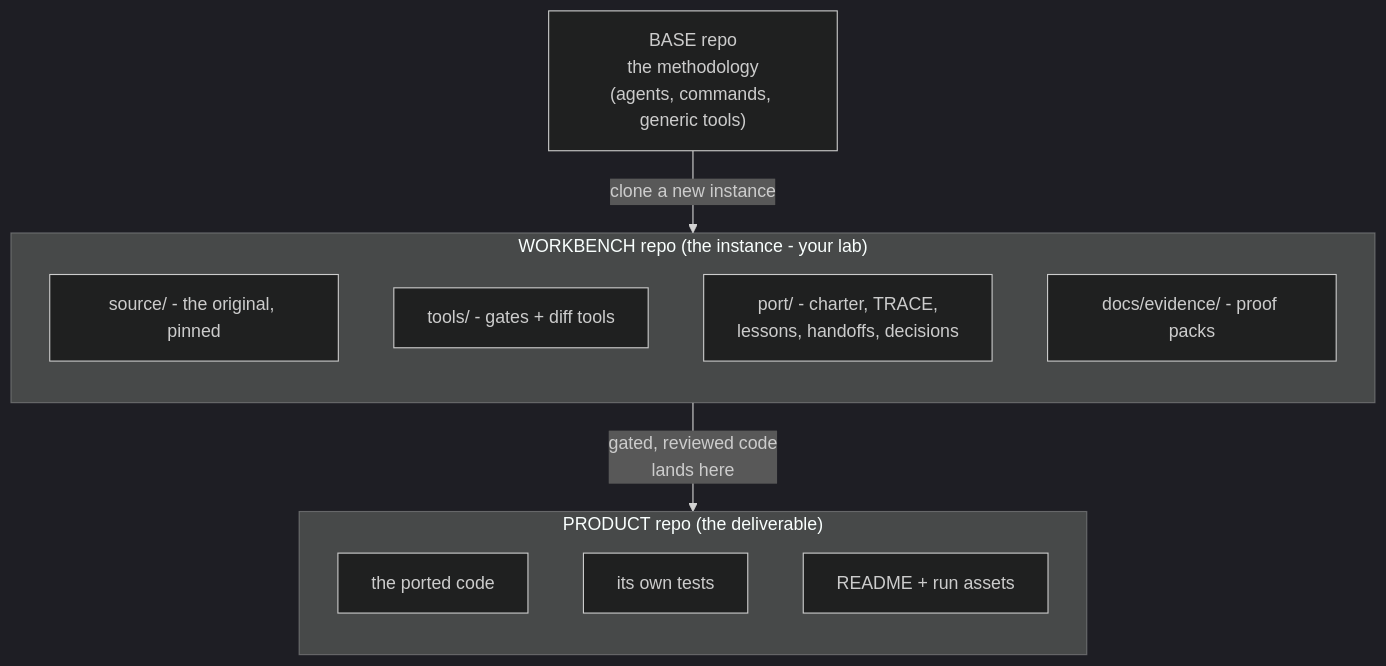
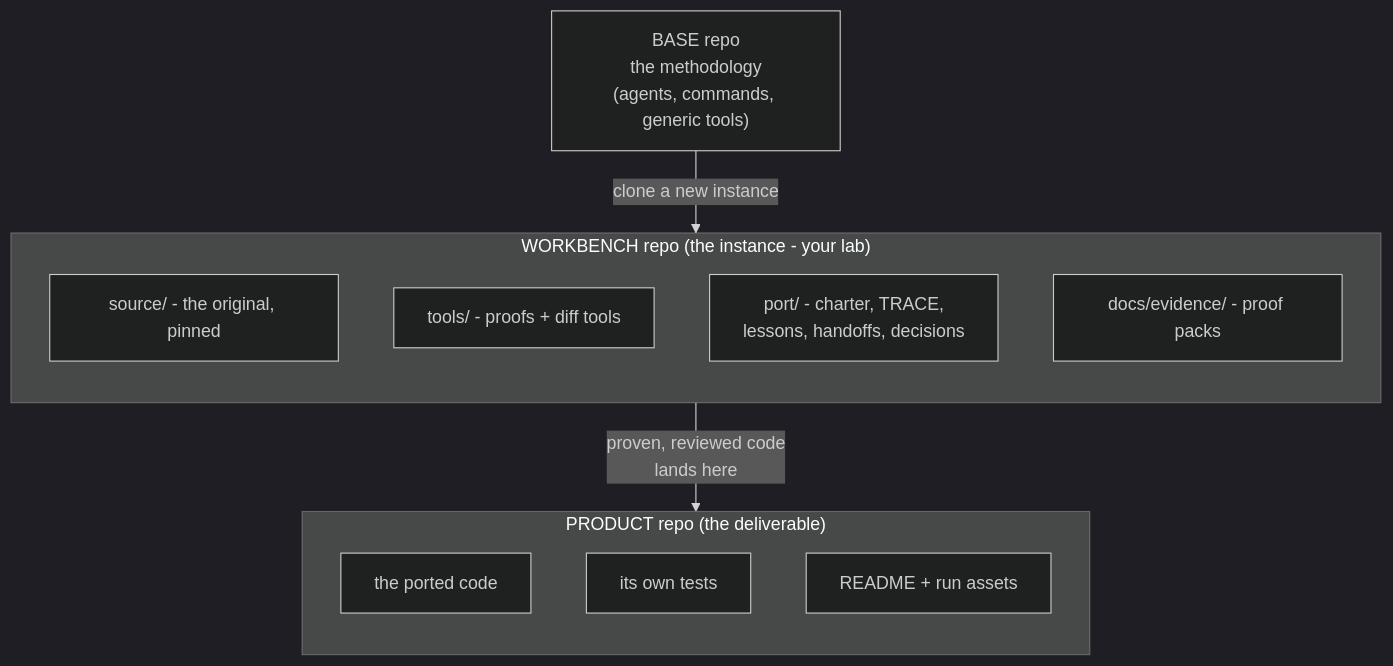
Before and after one commit to ecmwf/chisel: the second of 6 diagrams in methodology.md, drawn with Mermaid (dark theme). The commit also changed other lines of this file and 113 other files, not shown here.

First line of the commit message:
refactor: rename gate / gated to proof / proven across the methodology

````diff
--- a/methodology.md
+++ b/methodology.md
@@ -113,19 +113,19 @@
 ```mermaid
 flowchart TD
   BASE["BASE repo<br/>the methodology<br/>(agents, commands, generic tools)"]
   BASE -- "clone a new instance" --> WB
   subgraph WB["WORKBENCH repo (the instance - your lab)"]
     direction TB
     SRC["source/ - the original, pinned"]
-    TOOL["tools/ - gates + diff tools"]
+    TOOL["tools/ - proofs + diff tools"]
     STATE["port/ - charter, TRACE,<br/>lessons, handoffs, decisions"]
     EVID["docs/evidence/ - proof packs"]
   end
-  WB -- "gated, reviewed code<br/>lands here" --> PROD
+  WB -- "proven, reviewed code<br/>lands here" --> PROD
   subgraph PROD["PRODUCT repo (the deliverable)"]
     direction TB
     CODE["the ported code"]
     TESTS["its own tests"]
     ASSETS["README + run assets"]
   end
 ```
````
